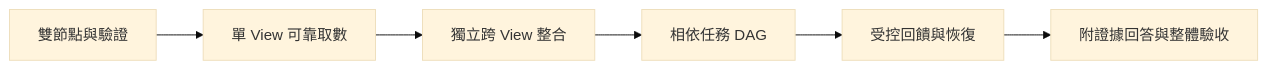
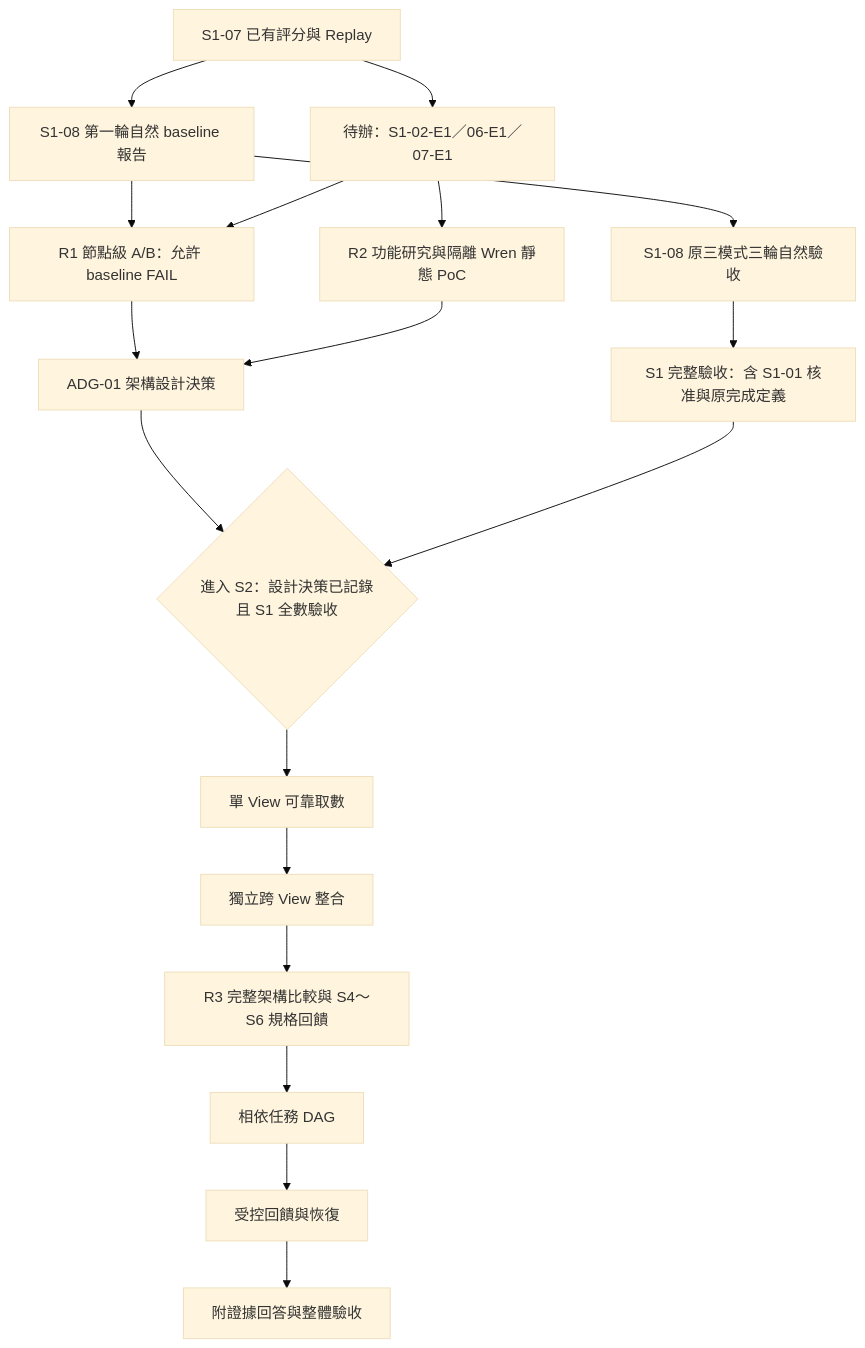
One commit to willy50414z/cpea changed the first of 2 diagrams in docs/superpowers/plans/2026-10-22-query-agent-integration/task.md. Above: the diagram before and after it, drawn with Mermaid (base theme). The commit also changed other lines of this file and 4 other files, not shown here.

Commit message:
docs: 補充 task 研究規劃與 view schema 前後測規格

````diff
--- a/docs/superpowers/plans/2026-10-22-query-agent-integration/task.md
+++ b/docs/superpowers/plans/2026-10-22-query-agent-integration/task.md
@@ -57,8 +62,20 @@
 ```mermaid
-flowchart LR
-    S1[雙節點與驗證] --> S2[單 View 可靠取數]
+flowchart TD
+    S107[S1-07 已有評分與 Replay] --> BL[S1-08 第一輪自然 baseline 報告]
+    S107 --> EXT[待辦：S1-02-E1／06-E1／07-E1]
+    BL --> R1[R1 節點級 A/B：允許 baseline FAIL]
+    EXT --> R1
+    EXT --> R2[R2 功能研究與隔離 Wren 靜態 PoC]
+    R1 --> ADG[ADG-01 架構設計決策]
+    R2 --> ADG
+    BL --> S108[S1-08 原三模式三輪自然驗收]
+    ADG --> ENTRY{進入 S2：設計決策已記錄且 S1 全數驗收}
+    S108 --> S1[S1 完整驗收：含 S1-01 核准與原完成定義]
+    S1 --> ENTRY
+    ENTRY --> S2[單 View 可靠取數]
     S2 --> S3[獨立跨 View 整合]
-    S3 --> S4[相依任務 DAG]
+    S3 --> R3[R3 完整架構比較與 S4～S6 規格回饋]
+    R3 --> S4[相依任務 DAG]
     S4 --> S5[受控回饋與恢復]
     S5 --> S6[附證據回答與整體驗收]
 ```
````
